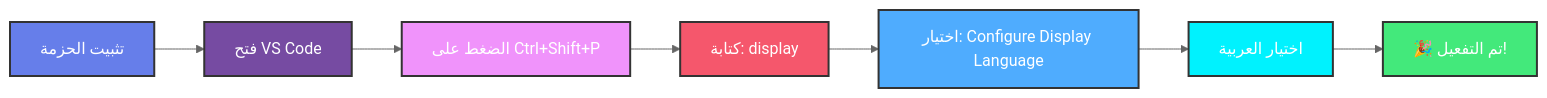
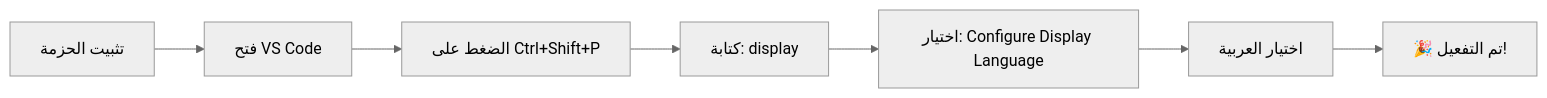
One commit to almhajer/Arabic-for-visual-studio-code changed the diagram in readme.md. Above: the diagram before and after it, drawn with Mermaid (neutral theme).

Commit message:
الاصدار 0.0.8

````diff
--- a/readme.md
+++ b/readme.md
@@ -189,17 +189,10 @@
 ```mermaid
 graph LR
     A[تثبيت الحزمة] --> B[فتح VS Code]
     B --> C[الضغط على Ctrl+Shift+P]
     C --> D[كتابة: display]
     D --> E[اختيار: Configure Display Language]
     E --> F[اختيار العربية]
     F --> G[🎉 تم التفعيل!]
-    
-    style A fill:#667eea,color:#fff,stroke:#333,stroke-width:2px
-    style B fill:#764ba2,color:#fff,stroke:#333,stroke-width:2px
-    style C fill:#f093fb,color:#fff,stroke:#333,stroke-width:2px
-    style D fill:#f5576c,color:#fff,stroke:#333,stroke-width:2px
-    style E fill:#4facfe,color:#fff,stroke:#333,stroke-width:2px
-    style F fill:#00f2fe,color:#fff,stroke:#333,stroke-width:2px
-    style G fill:#43e97b,color:#fff,stroke:#333,stroke-width:2px
+
 ```
````
